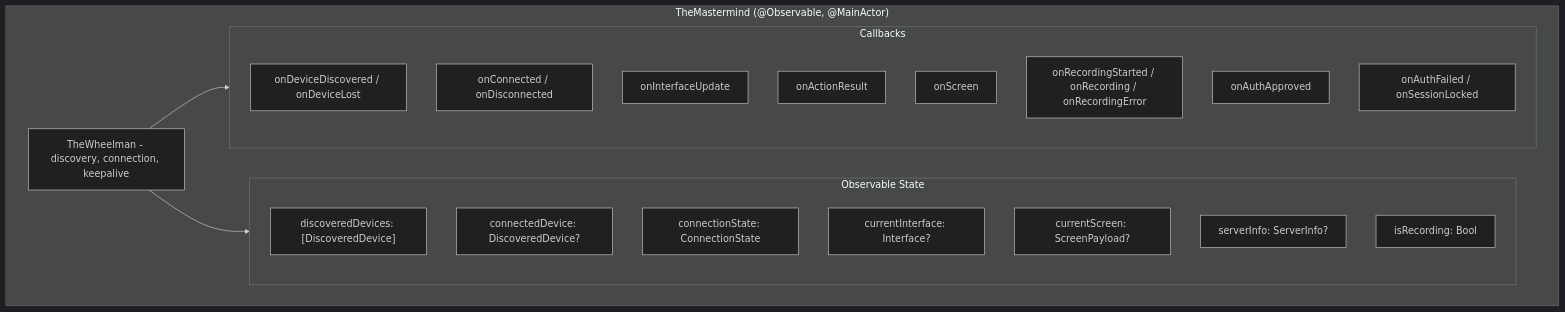
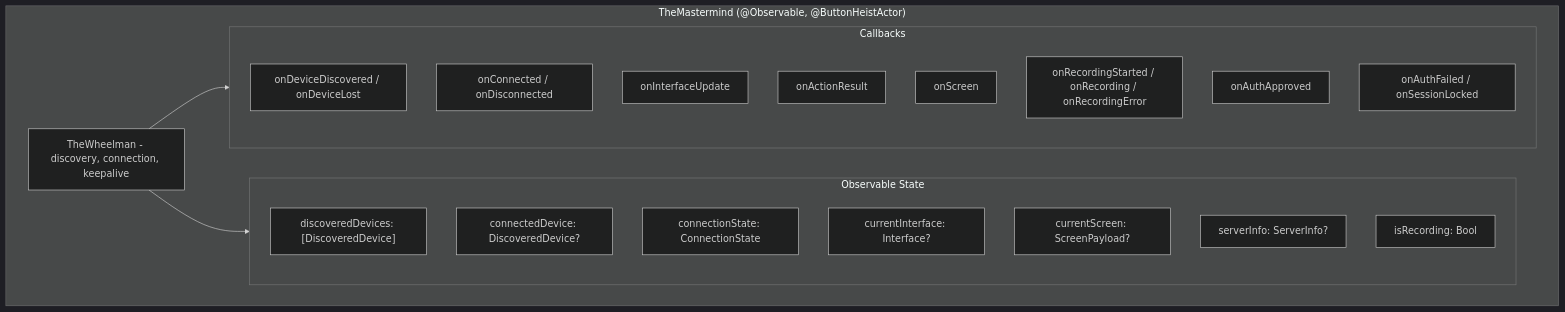
Before and after one commit to RoyalPineapple/TheButtonHeist: the first of 3 diagrams in docs/dossiers/09-THEMASTERMIND.md, drawn with Mermaid (dark theme). The commit also changed other lines of this file and 8 other files, not shown here.

First line of the commit message:
Fix MCP build and update docs for @ButtonHeistActor migration

````diff
--- a/docs/dossiers/09-THEMASTERMIND.md
+++ b/docs/dossiers/09-THEMASTERMIND.md
@@ -23,30 +23,30 @@
 ```mermaid
 graph TD
-    subgraph TheMastermind["TheMastermind (@Observable, @MainActor)"]
+    subgraph TheMastermind["TheMastermind (@Observable, @ButtonHeistActor)"]
         TW["TheWheelman - discovery, connection, keepalive"]
 
         subgraph ObservableState["Observable State"]
             Devices["discoveredDevices: [DiscoveredDevice]"]
             Connected["connectedDevice: DiscoveredDevice?"]
             ConnState["connectionState: ConnectionState"]
             CurrentIF["currentInterface: Interface?"]
             CurrentScreen["currentScreen: ScreenPayload?"]
             ServerInfo["serverInfo: ServerInfo?"]
             IsRecording["isRecording: Bool"]
         end
 
         subgraph Callbacks["Callbacks"]
             OnDevice["onDeviceDiscovered / onDeviceLost"]
             OnConn["onConnected / onDisconnected"]
             OnIF["onInterfaceUpdate"]
             OnAction["onActionResult"]
             OnScreen["onScreen"]
             OnRec["onRecordingStarted / onRecording / onRecordingError"]
             OnToken["onAuthApproved"]
             OnAuth["onAuthFailed / onSessionLocked"]
         end
     end
 
     TW --> ObservableState
     TW --> Callbacks
 ```
````
